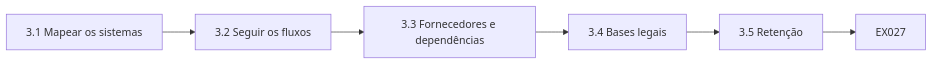
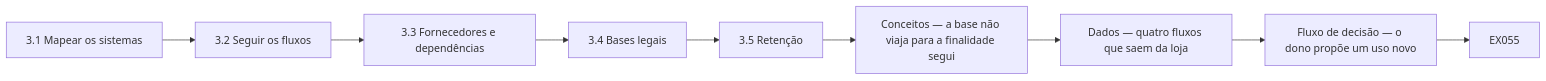
Before and after one commit to hiagokinlevi/CyKin: the eighth of 12 diagrams in levels/rapid-1-month/privacy-data-protection/pt/book/MANUSCRIPT.md, drawn with Mermaid. The commit also changed other lines of this file and 1 other file, not shown here.

````diff
--- a/levels/rapid-1-month/privacy-data-protection/pt/book/MANUSCRIPT.md
+++ b/levels/rapid-1-month/privacy-data-protection/pt/book/MANUSCRIPT.md
@@ -283,9 +412,12 @@
 ```mermaid
 flowchart LR
   N0["3.1 Mapear os sistemas"]
   N1["3.2 Seguir os fluxos"]
   N2["3.3 Fornecedores e dependências"]
   N3["3.4 Bases legais"]
   N4["3.5 Retenção"]
-  N0 --> N1 --> N2 --> N3 --> N4 --> Q["EX027"]
+  N5["Conceitos — a base não viaja para a finalidade segui"]
+  N6["Dados — quatro fluxos que saem da loja"]
+  N7["Fluxo de decisão — o dono propõe um uso novo"]
+  N0 --> N1 --> N2 --> N3 --> N4 --> N5 --> N6 --> N7 --> Q["EX055"]
 ```
````
